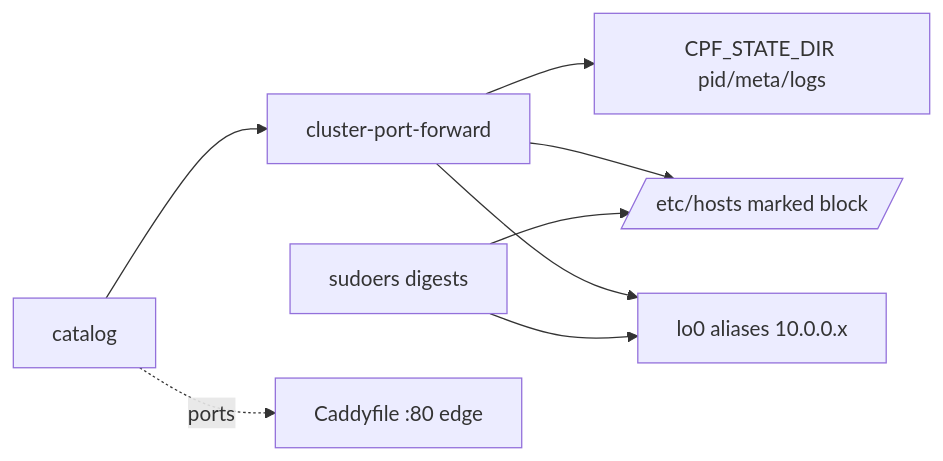
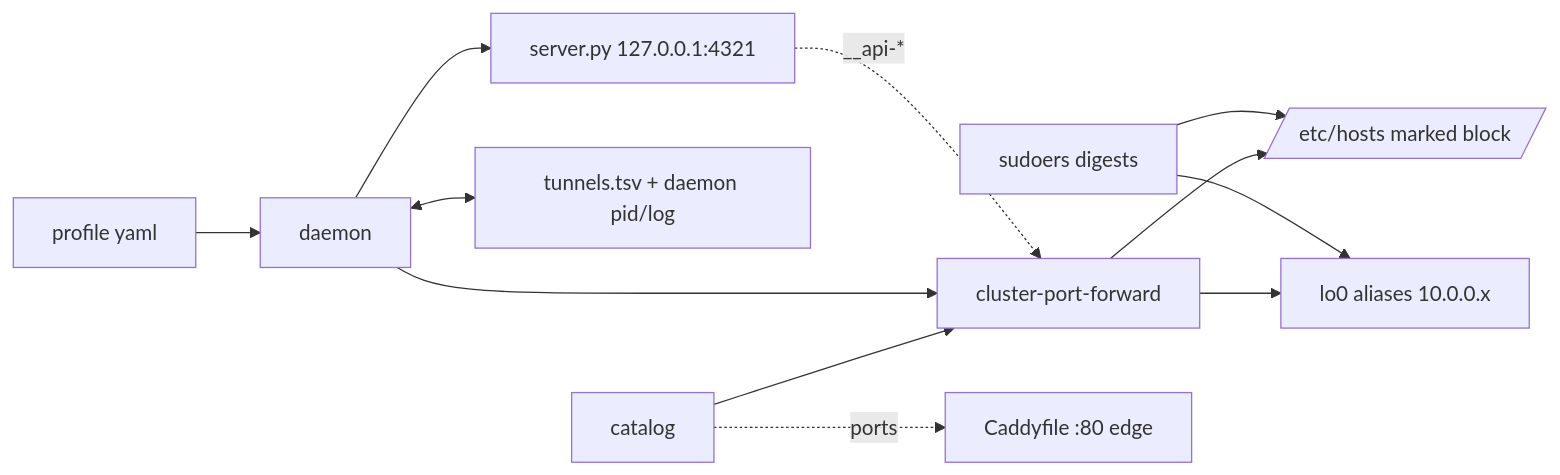
Before and after one commit to the-robot-lives/port-forward-tools: the diagram in docs/PROJ-SCHEMA.summary.md, drawn with Mermaid. The commit also changed other lines of this file and 8 other files, not shown here.

Commit message:
docs: doc-sweep 2026-10-26 (layout/arch/schema/threat-model)

````diff
--- a/docs/PROJ-SCHEMA.summary.md
+++ b/docs/PROJ-SCHEMA.summary.md
@@ -16,10 +18,14 @@
 ```mermaid
 flowchart LR
     CAT[catalog] --> BIN[cluster-port-forward]
-    BIN --> ST[CPF_STATE_DIR pid/meta/logs]
+    PROF[profile yaml] --> DAEMON[daemon]
+    DAEMON --> BIN
+    DAEMON <--> ST[tunnels.tsv + daemon pid/log]
+    DAEMON --> WEB[server.py 127.0.0.1:4321]
+    WEB -. __api-* .-> BIN
     BIN --> HOSTS[/etc/hosts marked block/]
     BIN --> LO0[lo0 aliases 10.0.0.x]
     SUDO[sudoers digests] --> HOSTS
     SUDO --> LO0
     CAT -. ports .-> CADDY[Caddyfile :80 edge]
 ```
````
